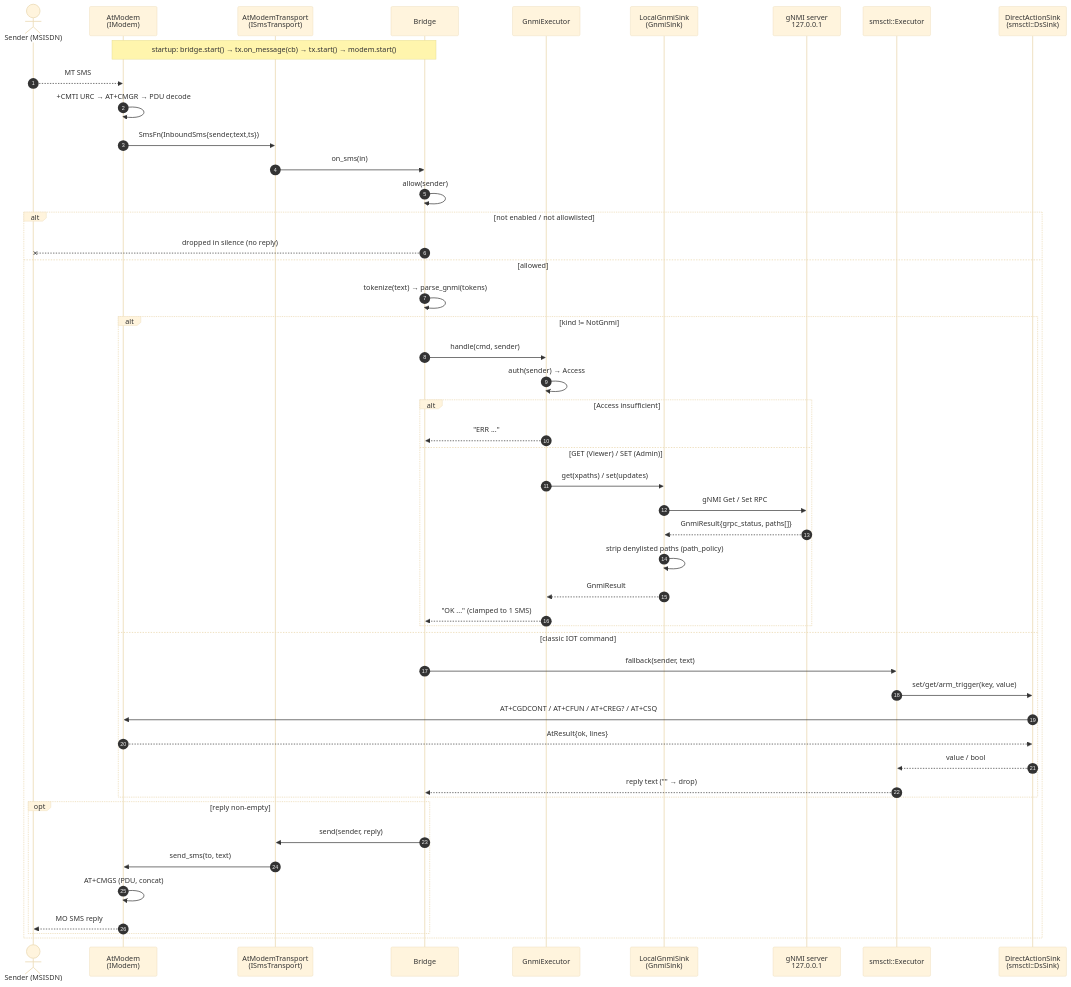
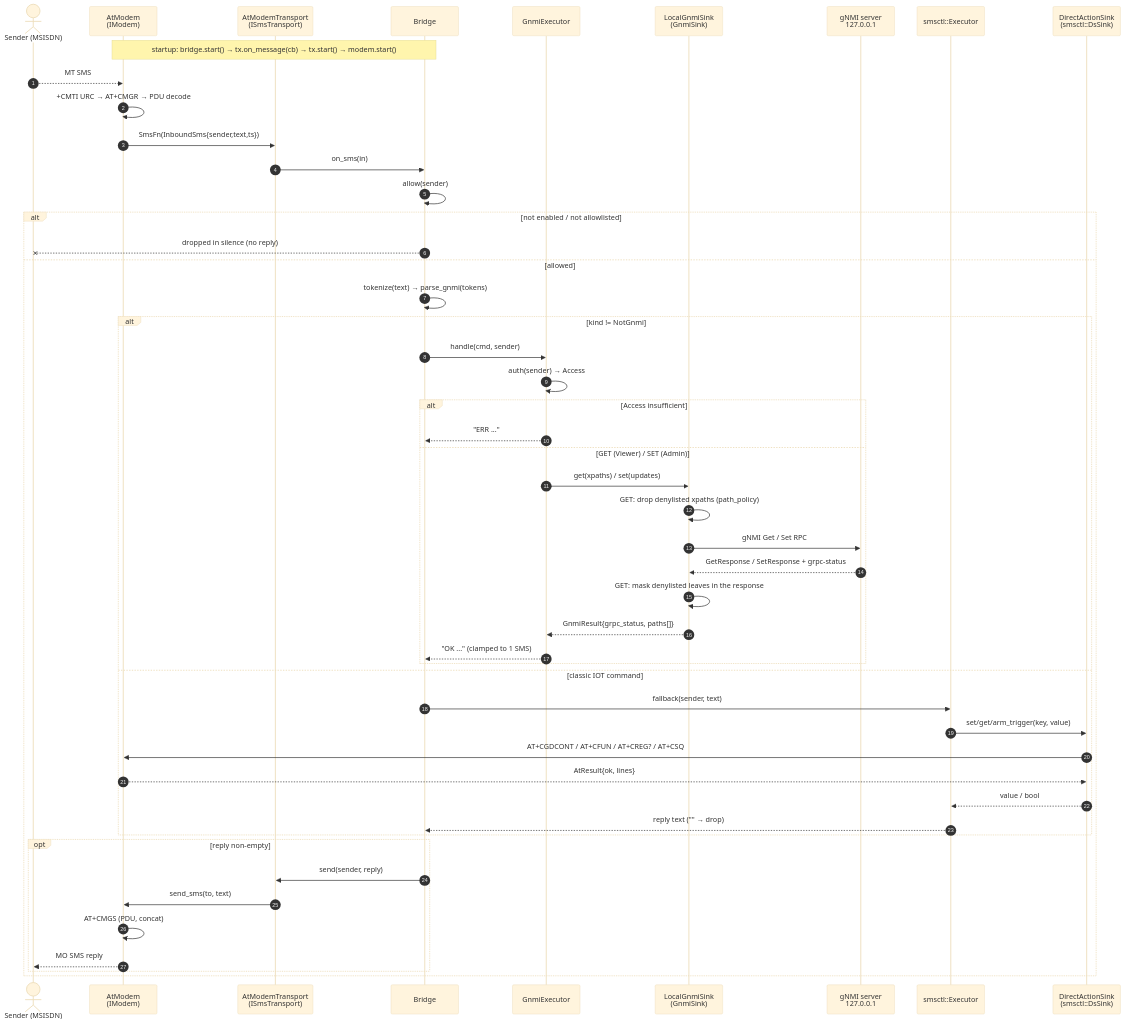
One commit to naushada/zero-touch changed the second of 2 diagrams in DESIGN.md. Above: the diagram before and after it, drawn with Mermaid (base theme). The commit also changed other lines of this file and 1 other file, not shown here.

````diff
--- a/DESIGN.md
+++ b/DESIGN.md
@@ -119,56 +119,57 @@
 ```mermaid
 sequenceDiagram
     autonumber
     actor U as Sender (MSISDN)
     participant M as AtModem<br/>(IModem)
     participant T as AtModemTransport<br/>(ISmsTransport)
     participant B as Bridge
     participant G as GnmiExecutor
     participant S as LocalGnmiSink<br/>(GnmiSink)
     participant N as gNMI server<br/>127.0.0.1
     participant E as smsctl::Executor
     participant D as DirectActionSink<br/>(smsctl::DsSink)
 
     Note over M,B: startup: bridge.start() → tx.on_message(cb) → tx.start() → modem.start()
 
     U-->>M: MT SMS
     M->>M: +CMTI URC → AT+CMGR → PDU decode
     M->>T: SmsFn(InboundSms{sender,text,ts})
     T->>B: on_sms(in)
 
     B->>B: allow(sender)
     alt not enabled / not allowlisted
         B--xU: dropped in silence (no reply)
     else allowed
         B->>B: tokenize(text) → parse_gnmi(tokens)
 
         alt kind != NotGnmi
             B->>G: handle(cmd, sender)
             G->>G: auth(sender) → Access
             alt Access insufficient
                 G-->>B: "ERR ..."
             else GET (Viewer) / SET (Admin)
                 G->>S: get(xpaths) / set(updates)
+                S->>S: GET: drop denylisted xpaths (path_policy)
                 S->>N: gNMI Get / Set RPC
-                N-->>S: GnmiResult{grpc_status, paths[]}
-                S->>S: strip denylisted paths (path_policy)
-                S-->>G: GnmiResult
+                N-->>S: GetResponse / SetResponse + grpc-status
+                S->>S: GET: mask denylisted leaves in the response
+                S-->>G: GnmiResult{grpc_status, paths[]}
                 G-->>B: "OK ..." (clamped to 1 SMS)
             end
         else classic IOT command
             B->>E: fallback(sender, text)
             E->>D: set/get/arm_trigger(key, value)
             D->>M: AT+CGDCONT / AT+CFUN / AT+CREG? / AT+CSQ
             M-->>D: AtResult{ok, lines}
             D-->>E: value / bool
             E-->>B: reply text ("" → drop)
         end
 
         opt reply non-empty
             B->>T: send(sender, reply)
             T->>M: send_sms(to, text)
             M->>M: AT+CMGS (PDU, concat)
             M-->>U: MO SMS reply
         end
     end
 ```
````
